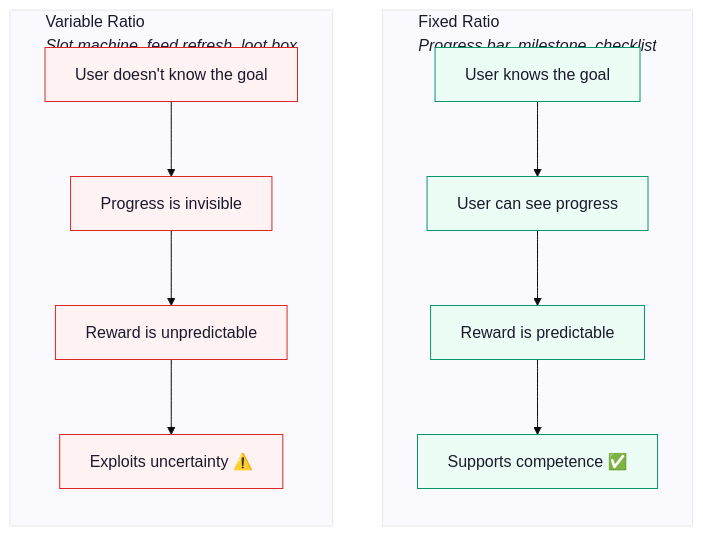
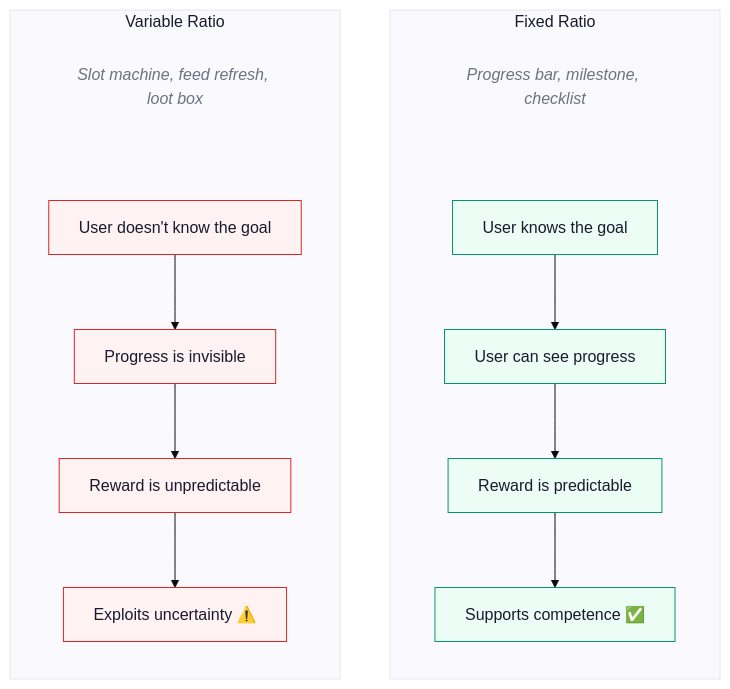
One commit to mugglemagic/markbasford.co.uk changed the diagram in content/books/small-mercies/images/fig-7.2-fixed-ratio-vs-variable-ratio-reinforcement.mmd. Above: the diagram before and after it, drawn with Mermaid (base theme). The commit also changed 14 other files, not shown here.

Commit message:
Add PDF generation scripts and update figure layouts for "Small Mercies"

```diff
--- a/content/books/small-mercies/images/fig-7.2-fixed-ratio-vs-variable-ratio-reinforcement.mmd
+++ b/content/books/small-mercies/images/fig-7.2-fixed-ratio-vs-variable-ratio-reinforcement.mmd
@@ -1,29 +1,33 @@
 graph TD
-    subgraph Fixed["Fixed Ratio<br/><em>Progress bar, milestone, checklist</em>"]
+    subgraph Fixed["Fixed Ratio"]
         direction TB
+        FS["<em>Progress bar, milestone, checklist</em>"]
         F1["User knows the goal"]
         F2["User can see progress"]
         F3["Reward is predictable"]
         F4["Supports competence ✅"]
-        F1 --> F2 --> F3 --> F4
+        FS ~~~ F1 --> F2 --> F3 --> F4
     end
 
-    subgraph Variable["Variable Ratio<br/><em>Slot machine, feed refresh, loot box</em>"]
+    subgraph Variable["Variable Ratio"]
         direction TB
+        VS["<em>Slot machine, feed refresh, loot box</em>"]
         V1["User doesn't know the goal"]
         V2["Progress is invisible"]
         V3["Reward is unpredictable"]
         V4["Exploits uncertainty ⚠️"]
-        V1 --> V2 --> V3 --> V4
+        VS ~~~ V1 --> V2 --> V3 --> V4
     end
 
+    style FS fill:none,stroke:none,color:#6b7280
+    style VS fill:none,stroke:none,color:#6b7280
     style F1 fill:#ecfdf5,stroke:#059669,color:#1a1a2e
     style F2 fill:#ecfdf5,stroke:#059669,color:#1a1a2e
     style F3 fill:#ecfdf5,stroke:#059669,color:#1a1a2e
     style F4 fill:#ecfdf5,stroke:#059669,color:#1a1a2e
     style V1 fill:#fef2f2,stroke:#dc2626,color:#1a1a2e
     style V2 fill:#fef2f2,stroke:#dc2626,color:#1a1a2e
     style V3 fill:#fef2f2,stroke:#dc2626,color:#1a1a2e
     style V4 fill:#fef2f2,stroke:#dc2626,color:#1a1a2e
     style Fixed fill:#fafafe,stroke:#e5e7eb,color:#1a1a2e
     style Variable fill:#fafafe,stroke:#e5e7eb,color:#1a1a2e
```
